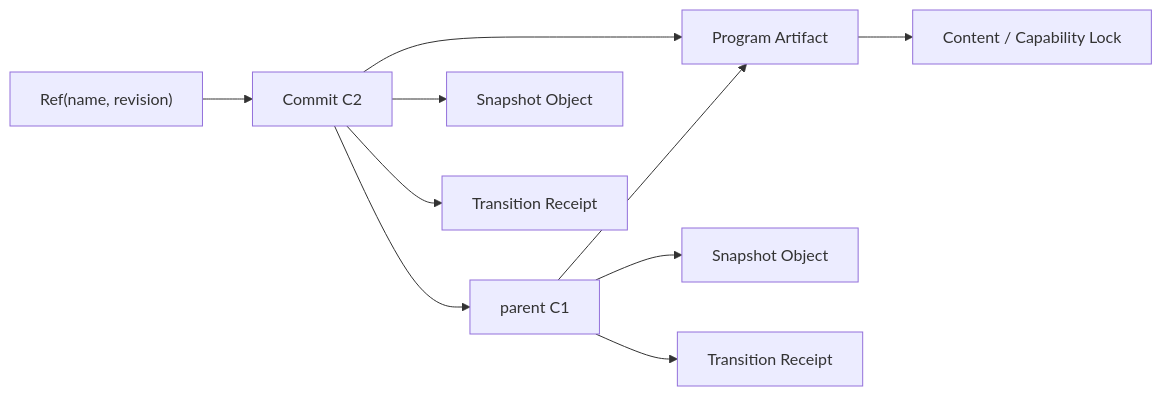
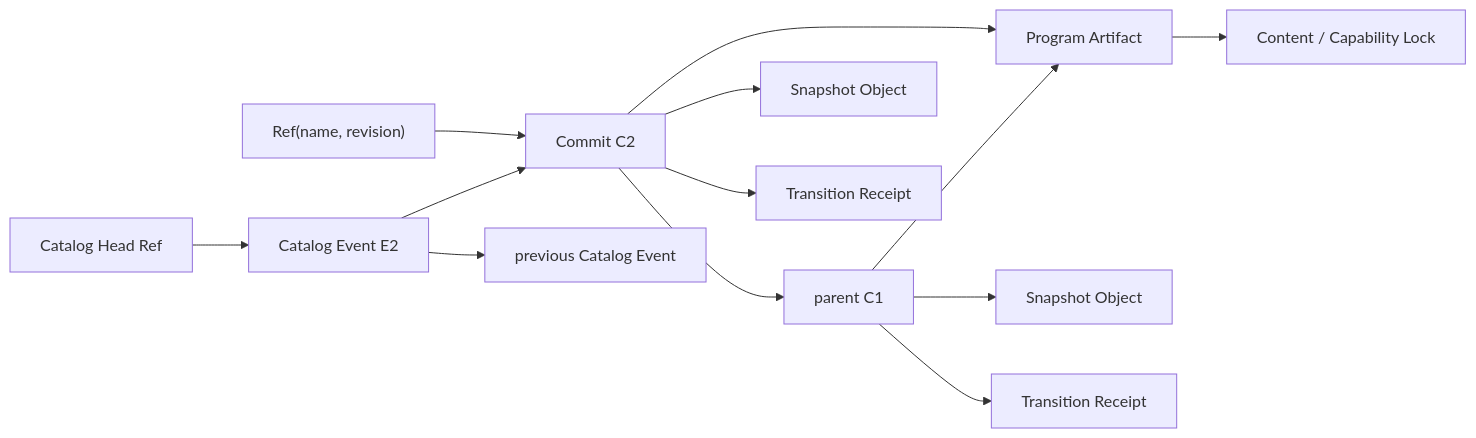
Before and after one commit to rezics/narrata: the diagram in docs/architecture/time-travel-and-save.md, drawn with Mermaid. The commit also changed other lines of this file and 10 other files, not shown here.

First line of the commit message:
docs(time-travel): define optional timeline archives

````diff
--- a/docs/architecture/time-travel-and-save.md
+++ b/docs/architecture/time-travel-and-save.md
@@ -40,12 +84,15 @@
 ```mermaid
 flowchart LR
     R["Ref(name, revision)"] --> C2["Commit C2"]
+    H["Catalog Head Ref"] --> E2["Catalog Event E2"]
+    E2 --> E1["previous Catalog Event"]
+    E2 --> C2
     C2 --> C1["parent C1"]
     C2 --> S2["Snapshot Object"]
     C2 --> T2["Transition Receipt"]
     C2 --> P["Program Artifact"]
     P --> L["Content / Capability Lock"]
     C1 --> S1["Snapshot Object"]
     C1 --> T1["Transition Receipt"]
     C1 --> P
 ```
````
